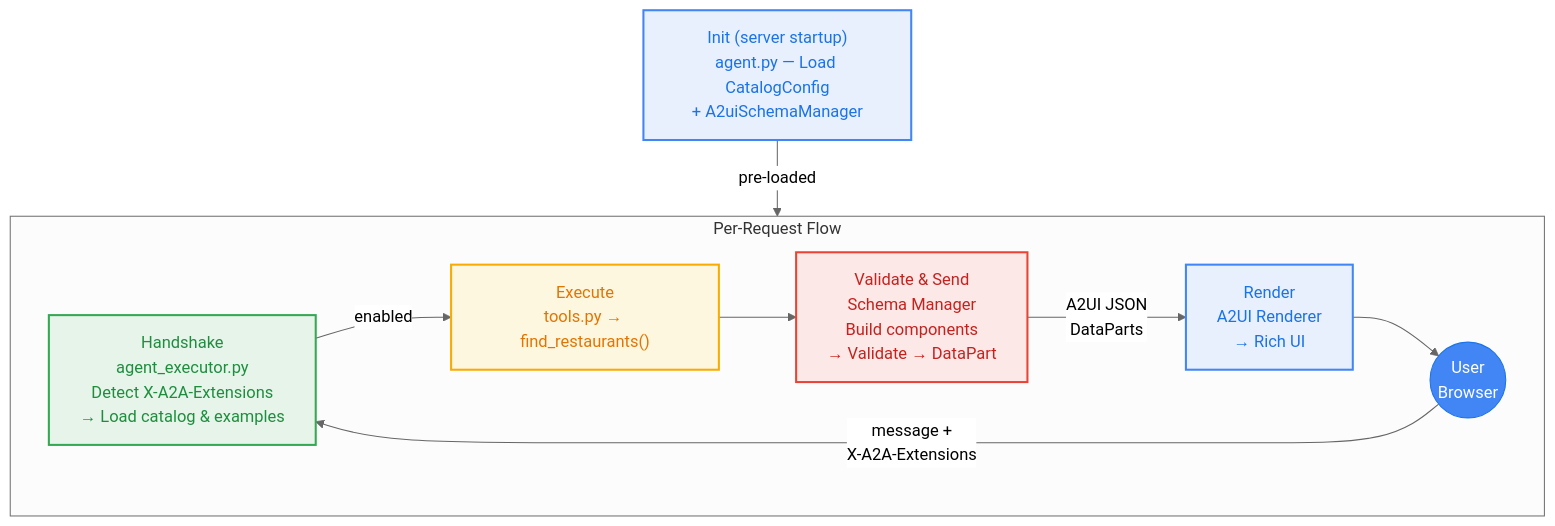
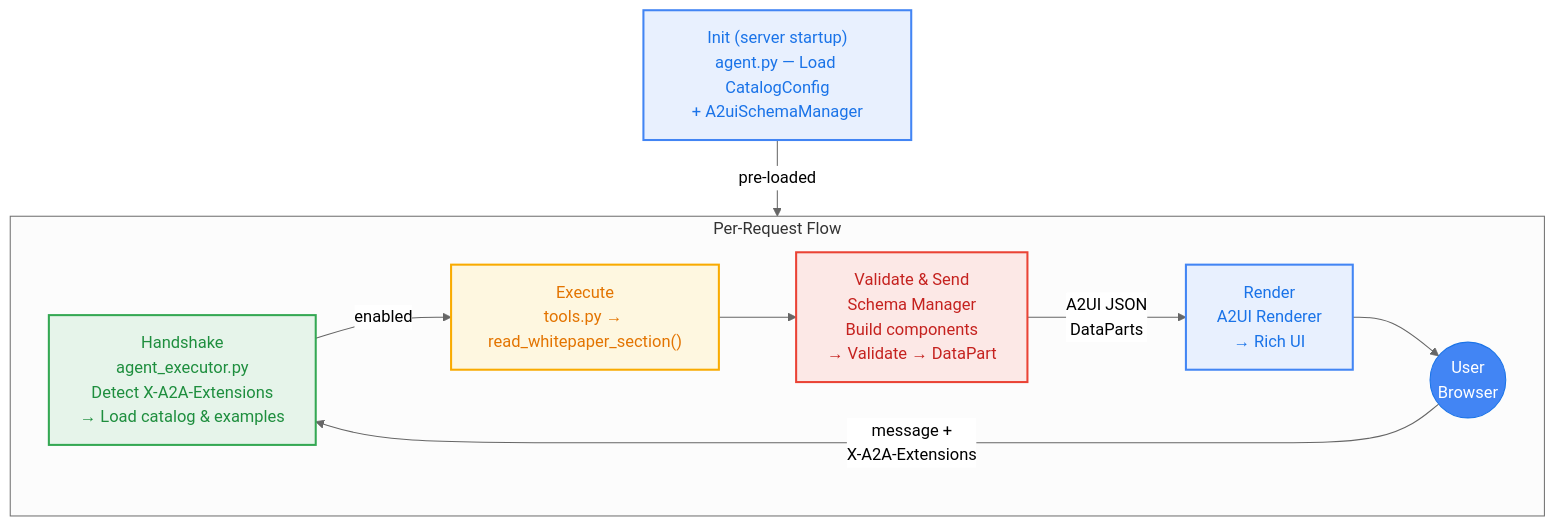
One commit to wadave/agent-a2ui-demo changed the third of 3 diagrams in docs/ge_a2ui_integration_guide.md. Above: the diagram before and after it, drawn with Mermaid (neutral theme). The commit also changed other lines of this file and 38 other files, not shown here.

````diff
--- a/docs/ge_a2ui_integration_guide.md
+++ b/docs/ge_a2ui_integration_guide.md
@@ -171,26 +166,26 @@
 ```mermaid
 flowchart TD
     A["Init (server startup)<br/>agent.py — Load CatalogConfig<br/>+ A2uiSchemaManager"]
 
     A -->|"pre-loaded"| B
 
     subgraph REQUEST ["Per-Request Flow"]
         direction LR
         U(("User<br/>Browser")) -->|"message +<br/>X-A2A-Extensions"| B
 
         B["Handshake<br/>agent_executor.py<br/>Detect X-A2A-Extensions<br/>→ Load catalog & examples"] -->|enabled| C
 
-        C["Execute<br/>tools.py → find_restaurants()"] --> D
+        C["Execute<br/>tools.py → read_whitepaper_section()"] --> D
 
         D["Validate & Send<br/>Schema Manager<br/>Build components<br/>→ Validate → DataPart"] -->|"A2UI JSON<br/>DataParts"| R
 
         R["Render<br/>A2UI Renderer<br/>→ Rich UI"] --> U
     end
 
     style A fill:#E8F0FE,stroke:#4285F4,stroke-width:2px,color:#1a73e8
     style U fill:#4285F4,stroke:#1a73e8,color:#fff
     style B fill:#E6F4EA,stroke:#34A853,stroke-width:2px,color:#1e8e3e
     style C fill:#FEF7E0,stroke:#F9AB00,stroke-width:2px,color:#E37400
     style D fill:#FCE8E6,stroke:#EA4335,stroke-width:2px,color:#C5221F
     style R fill:#E8F0FE,stroke:#4285F4,stroke-width:2px,color:#1a73e8
 ```
````
